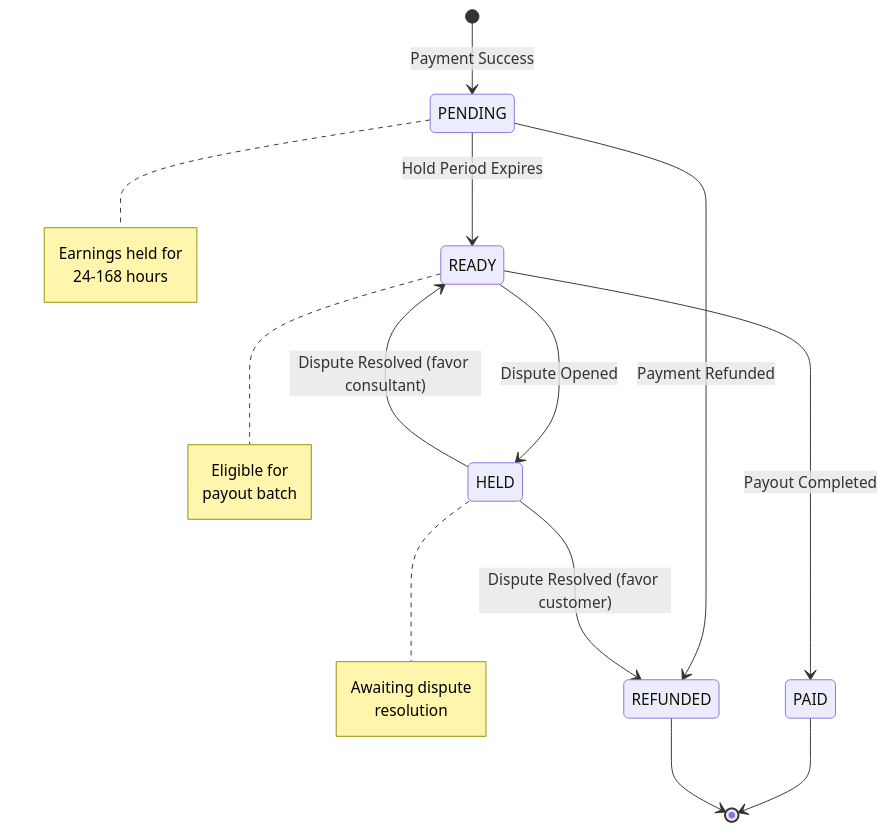
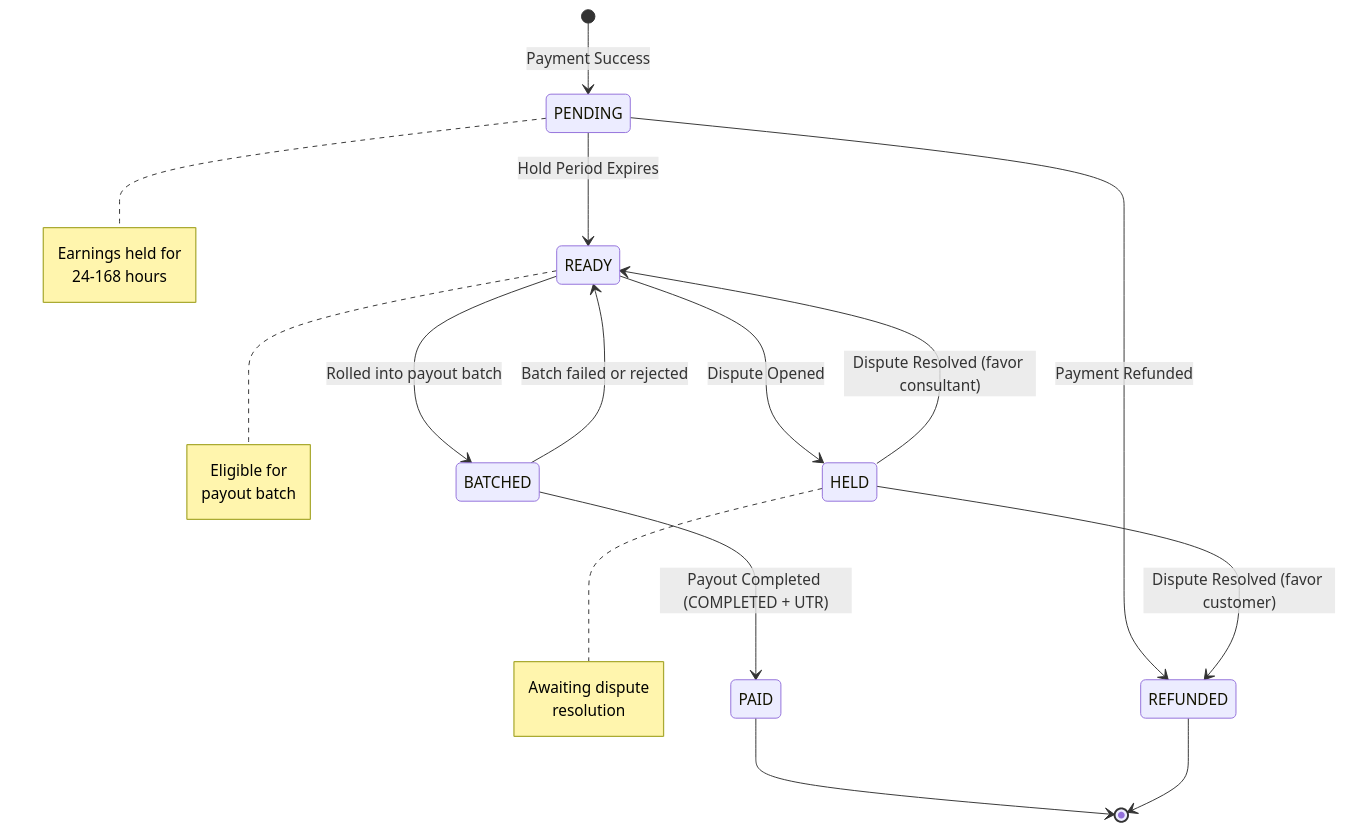
The first of 7 diagrams in docs/payments/payouts/02-earnings-lifecycle.md (Practitionist/familiarise_web), drawn with Mermaid before and after one commit. The commit also changed other lines of this file and 30 other files, not shown here.

````diff
--- a/docs/payments/payouts/02-earnings-lifecycle.md
+++ b/docs/payments/payouts/02-earnings-lifecycle.md
@@ -11,31 +11,34 @@
 ```mermaid
 stateDiagram-v2
     [*] --> PENDING: Payment Success
 
     PENDING --> READY: Hold Period Expires
     PENDING --> REFUNDED: Payment Refunded
 
     READY --> HELD: Dispute Opened
-    READY --> PAID: Payout Completed
+    READY --> BATCHED: Rolled into payout batch
+
+    BATCHED --> PAID: Payout Completed (COMPLETED + UTR)
+    BATCHED --> READY: Batch failed or rejected
 
     HELD --> READY: Dispute Resolved (favor consultant)
     HELD --> REFUNDED: Dispute Resolved (favor customer)
 
     PAID --> [*]
     REFUNDED --> [*]
 
     note right of PENDING
         Earnings held for
         24-168 hours
     end note
 
     note right of READY
         Eligible for
         payout batch
     end note
 
     note right of HELD
         Awaiting dispute
         resolution
     end note
 ```
````
